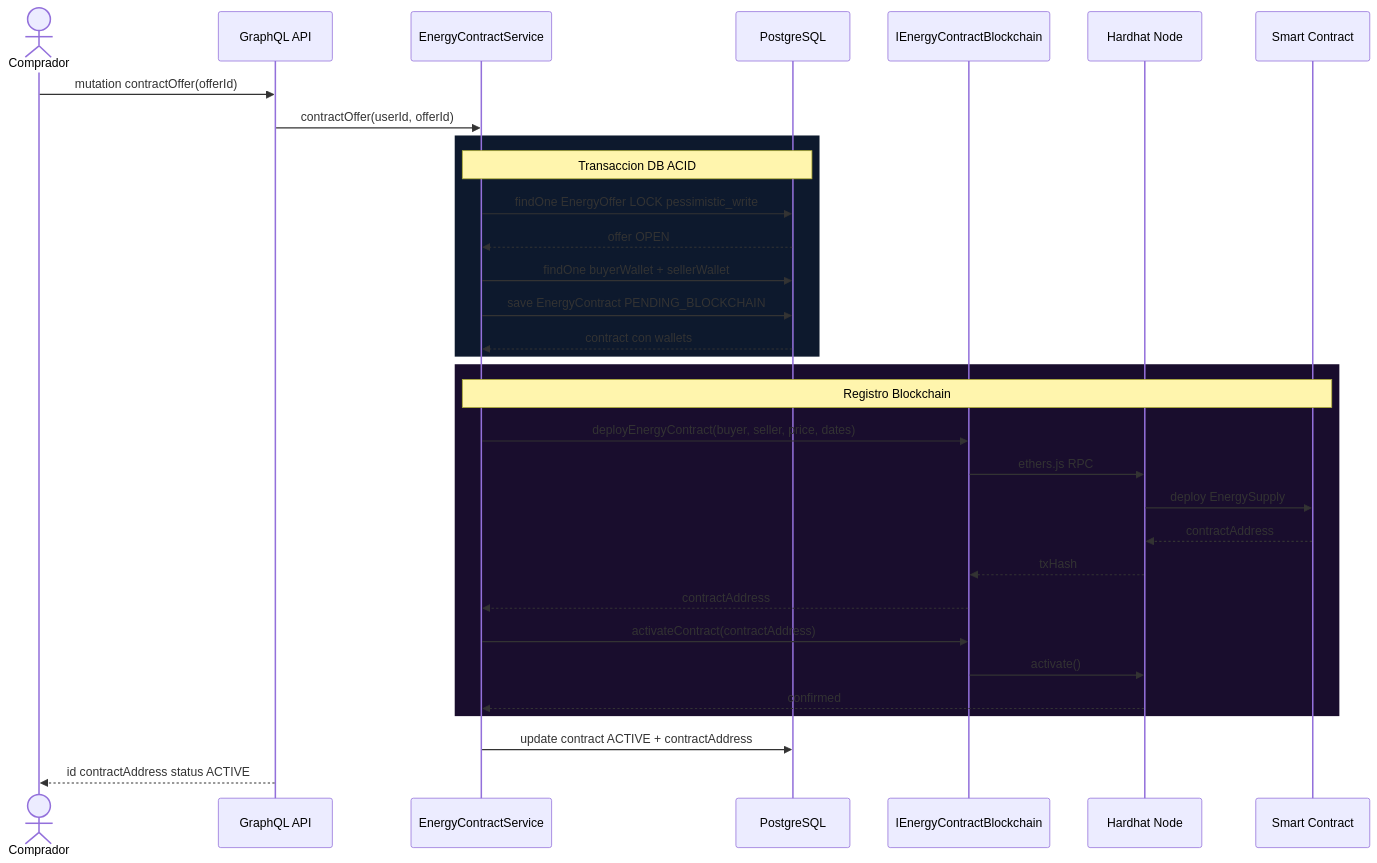
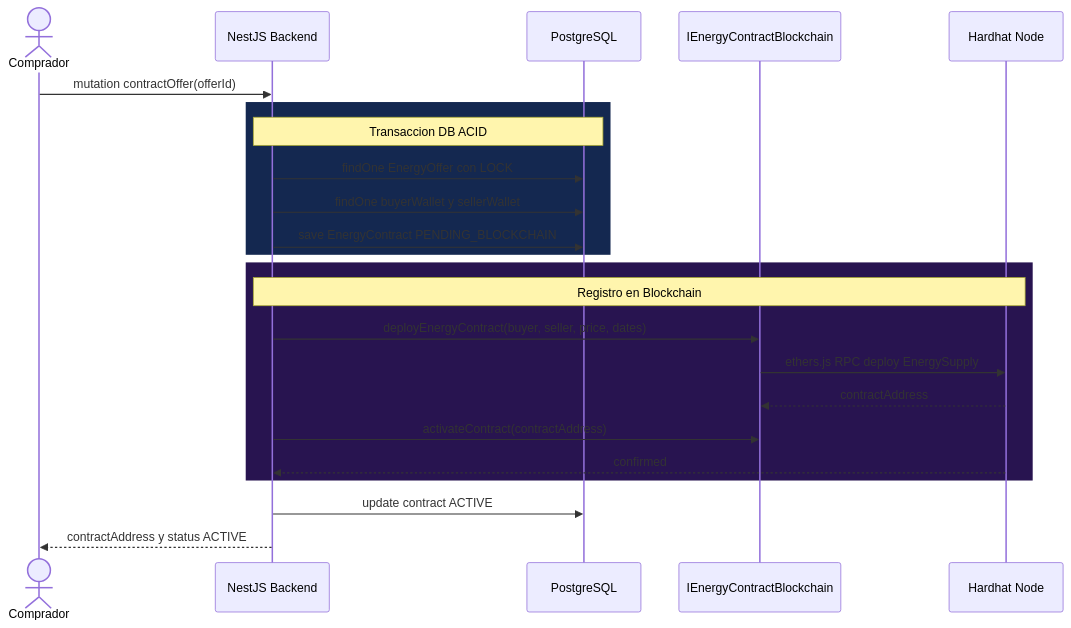
The third of 3 diagrams in README.md (desideriodr/blockchain-energia), drawn with Mermaid before and after one commit. The commit also changed other lines of this file, not shown here.

````diff
--- a/README.md
+++ b/README.md
@@ -137,34 +107,29 @@
 ```mermaid
 sequenceDiagram
     actor Comprador
-    participant GQL as GraphQL API
-    participant SVC as EnergyContractService
+    participant BE as NestJS Backend
     participant DB as PostgreSQL
     participant PORT as IEnergyContractBlockchain
     participant BC as Hardhat Node
-    participant SC as Smart Contract
-    Comprador->>GQL: mutation contractOffer(offerId)
-    GQL->>SVC: contractOffer(userId, offerId)
-    rect rgb(13,25,45)
-        Note over SVC,DB: Transaccion DB ACID
-        SVC->>DB: findOne EnergyOffer LOCK pessimistic_write
-        DB-->>SVC: offer OPEN
-        SVC->>DB: findOne buyerWallet + sellerWallet
-        SVC->>DB: save EnergyContract PENDING_BLOCKCHAIN
-        DB-->>SVC: contract con wallets
+
+    Comprador->>BE: mutation contractOffer(offerId)
+
+    rect rgb(20, 40, 80)
+        Note over BE,DB: Transaccion DB ACID
+        BE->>DB: findOne EnergyOffer con LOCK
+        BE->>DB: findOne buyerWallet y sellerWallet
+        BE->>DB: save EnergyContract PENDING_BLOCKCHAIN
     end
-    rect rgb(25,13,45)
-        Note over SVC,SC: Registro Blockchain
-        SVC->>PORT: deployEnergyContract(buyer, seller, price, dates)
-        PORT->>BC: ethers.js RPC
-        BC->>SC: deploy EnergySupply
-        SC-->>BC: contractAddress
-        BC-->>PORT: txHash
-        PORT-->>SVC: contractAddress
-        SVC->>PORT: activateContract(contractAddress)
-        PORT->>BC: activate()
-        BC-->>SVC: confirmed
+
+    rect rgb(40, 20, 80)
+        Note over BE,BC: Registro en Blockchain
+        BE->>PORT: deployEnergyContract(buyer, seller, price, dates)
+        PORT->>BC: ethers.js RPC deploy EnergySupply
+        BC-->>PORT: contractAddress
+        BE->>PORT: activateContract(contractAddress)
+        BC-->>BE: confirmed
     end
-    SVC->>DB: update contract ACTIVE + contractAddress
-    GQL-->>Comprador: id contractAddress status ACTIVE
+
+    BE->>DB: update contract ACTIVE
+    BE-->>Comprador: contractAddress y status ACTIVE
 ```
````
